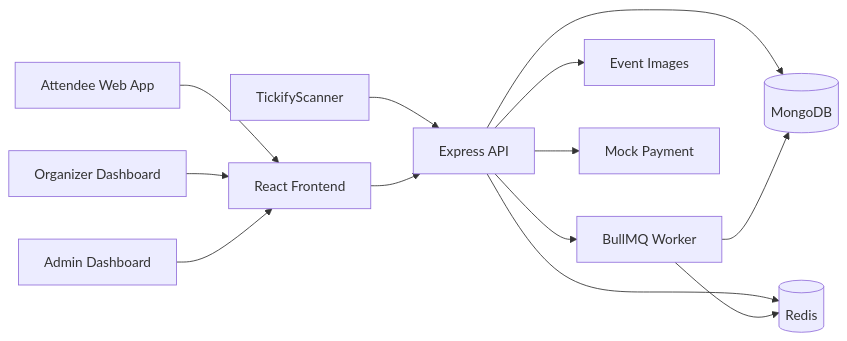
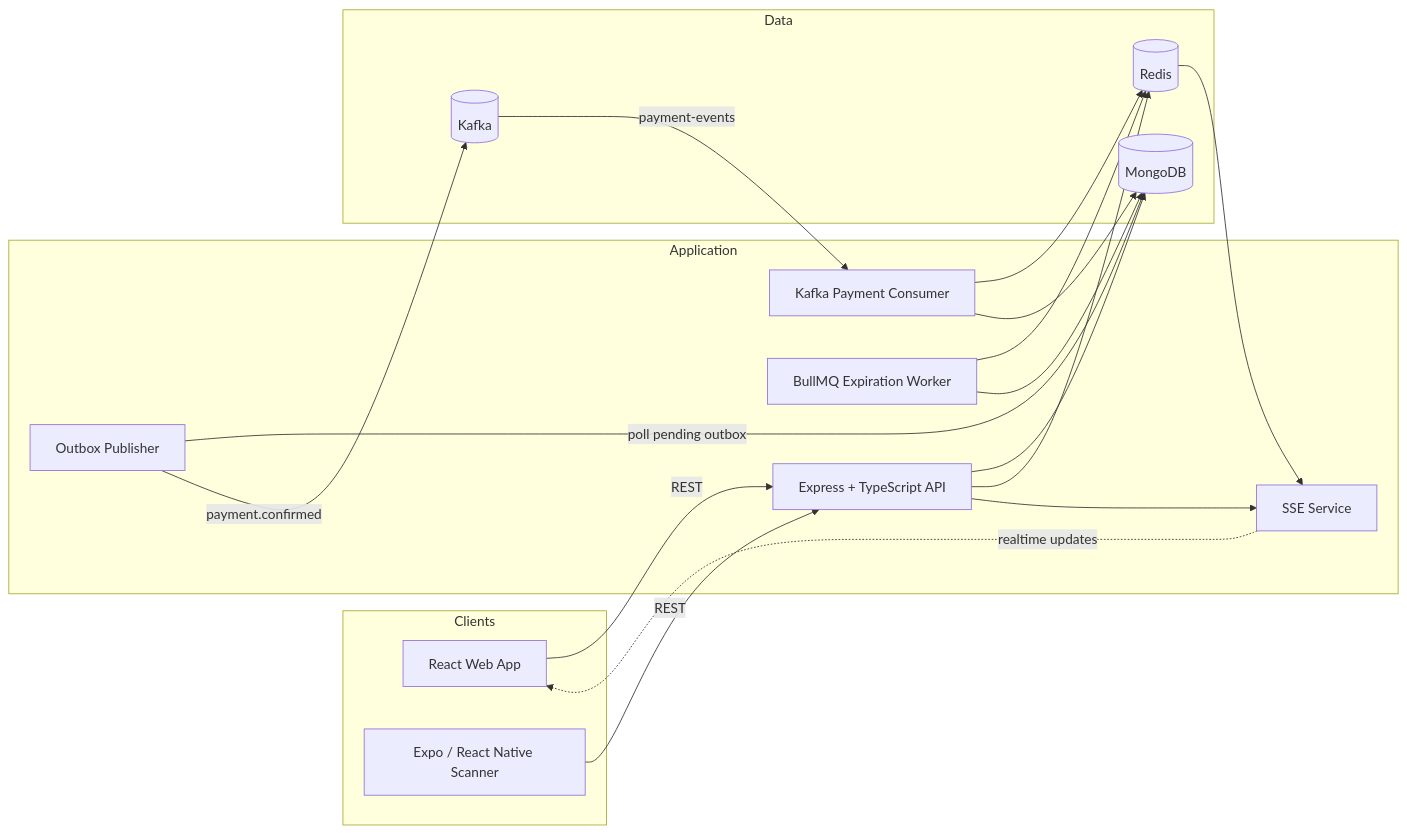
One commit to psang39/tickify changed the first of 3 diagrams in README.md. Above: the diagram before and after it, drawn with Mermaid. The commit also changed other lines of this file, not shown here.

````diff
--- a/README.md
+++ b/README.md
@@ -151,17 +223,41 @@
 ```mermaid
 flowchart LR
-    Attendee[Attendee Web App] --> Frontend[React Frontend]
-    Organizer[Organizer Dashboard] --> Frontend
-    Admin[Admin Dashboard] --> Frontend
-    Staff[TickifyScanner] --> Backend[Express API]
-    Frontend --> Backend
+    subgraph Clients
+        WEB[React Web App]
+        SCAN[Expo / React Native Scanner]
+    end
 
-    Backend --> MongoDB[(MongoDB)]
-    Backend --> Redis[(Redis)]
-    Backend --> BullMQ[BullMQ Worker]
-    BullMQ --> Redis
-    BullMQ --> MongoDB
+    subgraph Application
+        API[Express + TypeScript API]
+        SSE[SSE Service]
+        EXPIRY[BullMQ Expiration Worker]
+        OUTBOX[Outbox Publisher]
+        PAYMENT[Kafka Payment Consumer]
+    end
 
-    Backend --> Uploads[Event Images]
-    Backend --> MockPayment[Mock Payment]
+    subgraph Data
+        DB[(MongoDB)]
+        REDIS[(Redis)]
+        KAFKA[(Kafka)]
+    end
+
+    WEB -->|REST| API
+    SCAN -->|REST| API
+
+    API --> DB
+    API --> REDIS
+    API --> SSE
+
+    EXPIRY --> REDIS
+    EXPIRY --> DB
+
+    OUTBOX -->|poll pending outbox| DB
+    OUTBOX -->|payment.confirmed| KAFKA
+    KAFKA -->|payment-events| PAYMENT
+
+    PAYMENT --> REDIS
+    PAYMENT --> DB
+
+    REDIS --> SSE
+    SSE -. realtime updates .-> WEB
 ```
````
